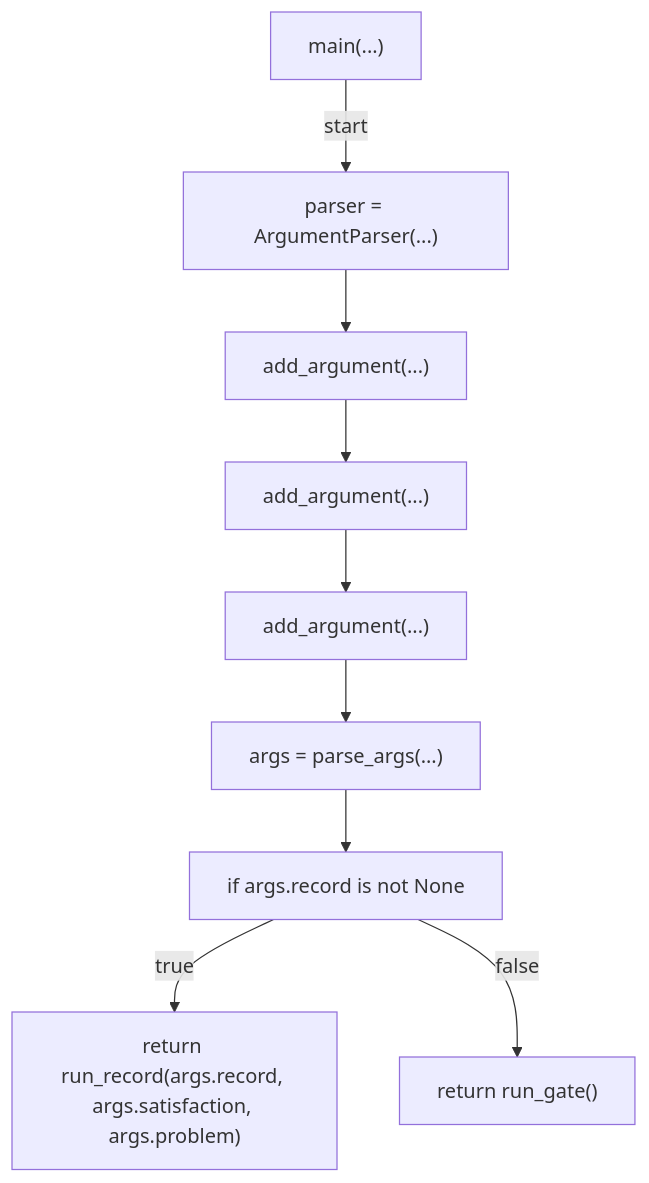
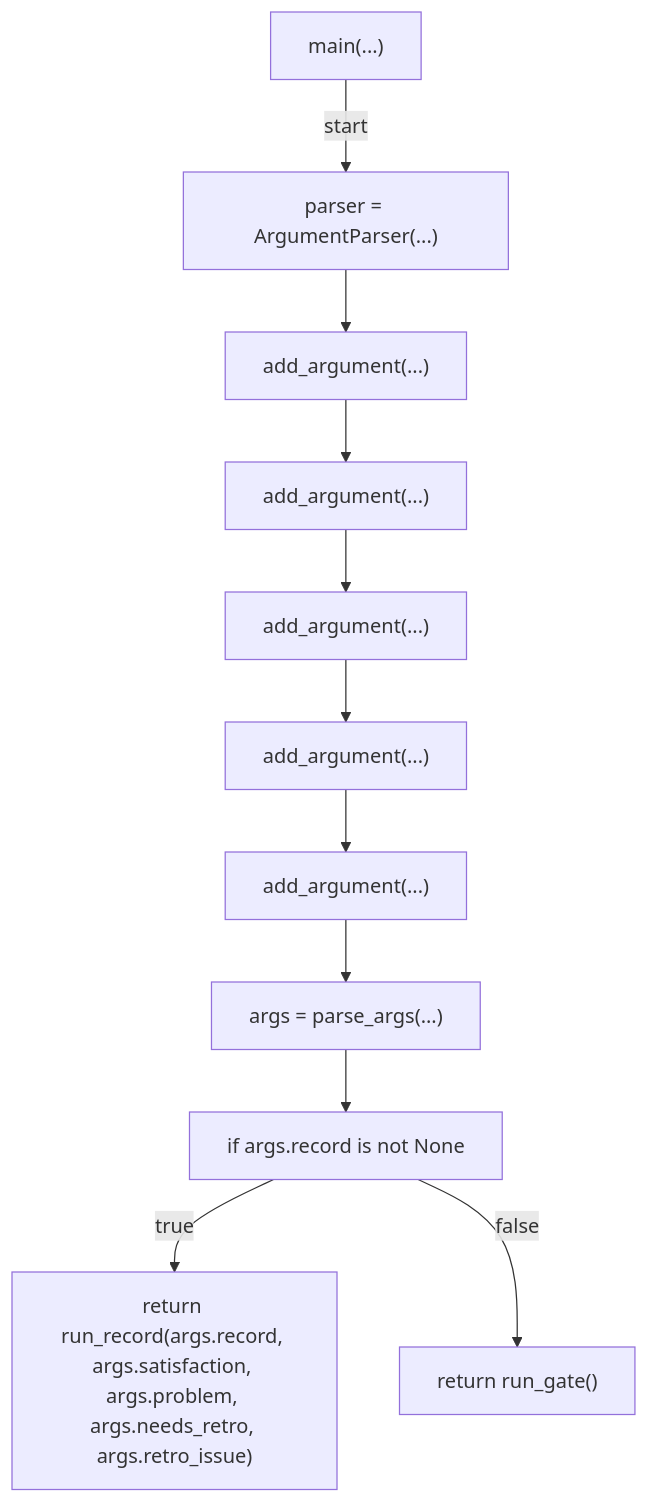
Before and after one commit to tvna/claude-md: diagram 12 of 12 in docs/generated/scripts/ast/gate_handoff_retro_survey_askuserquestion.md, drawn with Mermaid. The commit also changed other lines of this file and 2 other files, not shown here.

First line of the commit message:
docs(generated): regenerate decision tree and workflow diagrams

````diff
--- a/docs/generated/scripts/ast/gate_handoff_retro_survey_askuserquestion.md
+++ b/docs/generated/scripts/ast/gate_handoff_retro_survey_askuserquestion.md
@@ -307,20 +336,24 @@
 ```mermaid
 flowchart TD
     N001["main(...)"]
     N002["parser = ArgumentParser(...)"]
     N003["add_argument(...)"]
     N004["add_argument(...)"]
     N005["add_argument(...)"]
-    N006["args = parse_args(...)"]
-    N007["if args.record is not None"]
-    N008["return run_record(args.record, args.satisfaction, args.problem)"]
-    N009["return run_gate()"]
+    N006["add_argument(...)"]
+    N007["add_argument(...)"]
+    N008["args = parse_args(...)"]
+    N009["if args.record is not None"]
+    N010["return run_record(args.record, args.satisfaction, args.problem, args.needs_retro, args.retro_issue)"]
+    N011["return run_gate()"]
     N001 -->|"start"| N002
     N002 --> N003
     N003 --> N004
     N004 --> N005
     N005 --> N006
     N006 --> N007
-    N007 -->|"true"| N008
-    N007 -->|"false"| N009
+    N007 --> N008
+    N008 --> N009
+    N009 -->|"true"| N010
+    N009 -->|"false"| N011
 ```
````
